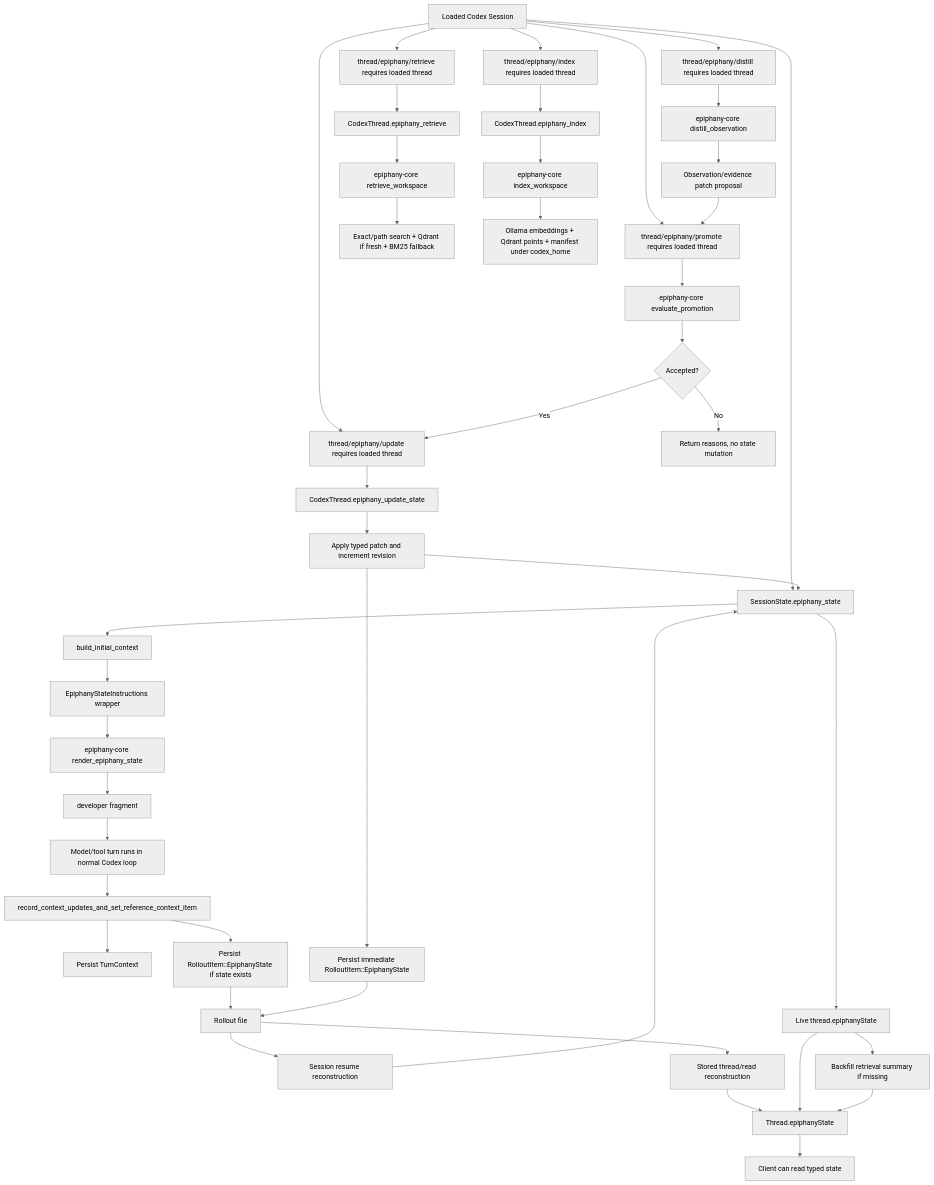
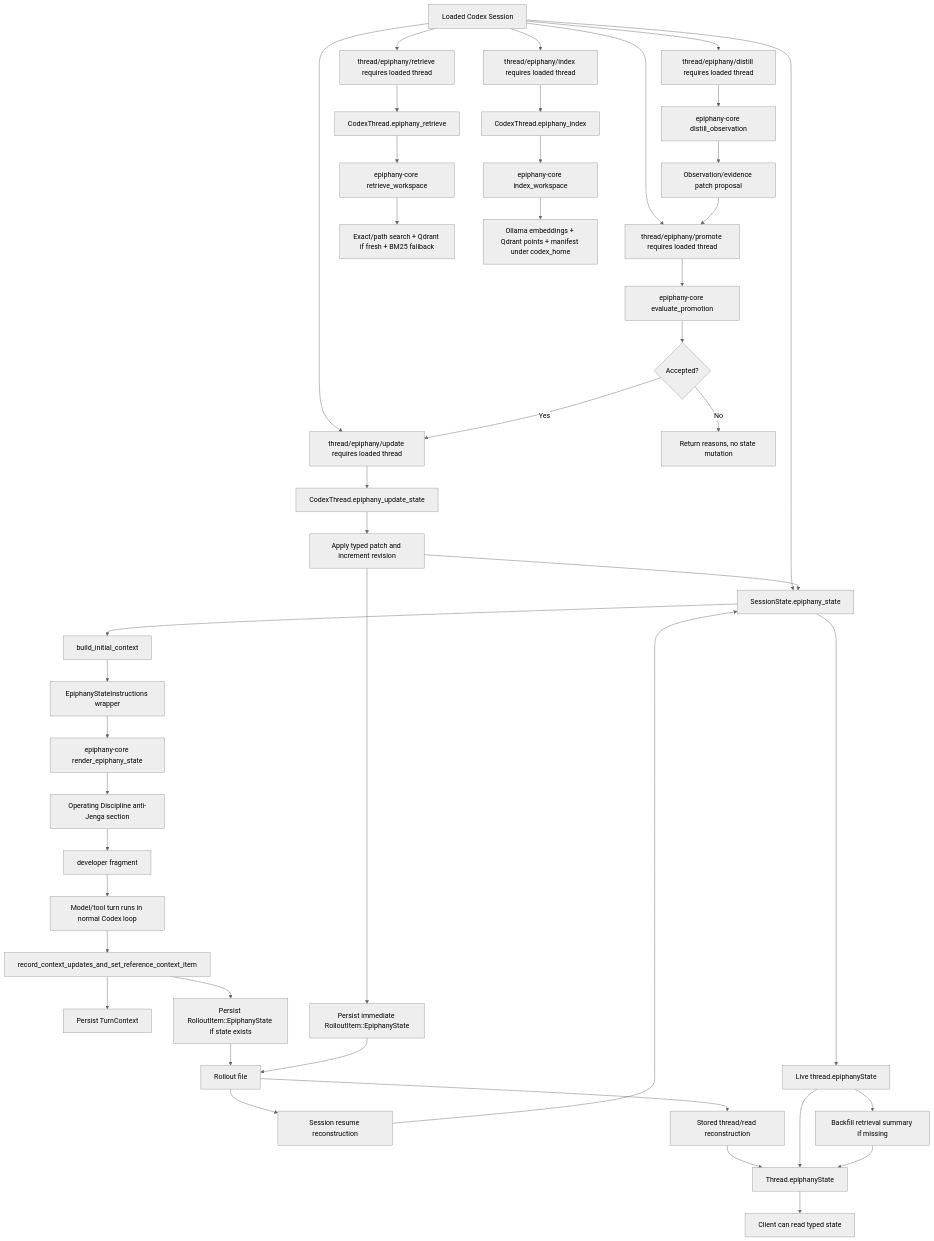
Before and after one commit to GameCult/Epiphany: the diagram in notes/epiphany-current-algorithmic-map.md, drawn with Mermaid (neutral theme). The commit also changed other lines of this file and 2 other files, not shown here.

Commit message:
Refresh Epiphany algorithmic map

````diff
--- a/notes/epiphany-current-algorithmic-map.md
+++ b/notes/epiphany-current-algorithmic-map.md
@@ -35,45 +35,46 @@
 ```mermaid
 flowchart TD
     A["Loaded Codex Session"] --> B["SessionState.epiphany_state"]
     B --> C["build_initial_context"]
     C --> D["EpiphanyStateInstructions wrapper"]
     D --> E["epiphany-core render_epiphany_state"]
-    E --> F["<epiphany_state> developer fragment"]
+    E --> EA["Operating Discipline anti-Jenga section"]
+    EA --> F["<epiphany_state> developer fragment"]
     F --> G["Model/tool turn runs in normal Codex loop"]
     G --> H["record_context_updates_and_set_reference_context_item"]
     H --> I["Persist TurnContext"]
     H --> J["Persist RolloutItem::EpiphanyState if state exists"]
     J --> K["Rollout file"]
     K --> L["Session resume reconstruction"]
     L --> B
     K --> M["Stored thread/read reconstruction"]
     M --> N["Thread.epiphanyState"]
     B --> O["Live thread.epiphanyState"]
     O --> N
     O --> P["Backfill retrieval summary if missing"]
     P --> N
     N --> Q["Client can read typed state"]
     A --> R["thread/epiphany/retrieve requires loaded thread"]
     A --> S["thread/epiphany/index requires loaded thread"]
     A --> AA["thread/epiphany/distill requires loaded thread"]
     A --> AD["thread/epiphany/promote requires loaded thread"]
     A --> Z["thread/epiphany/update requires loaded thread"]
     AA --> AB["epiphany-core distill_observation"]
     AB --> AC["Observation/evidence patch proposal"]
     AC --> AD
     AD --> AE["epiphany-core evaluate_promotion"]
     AE --> AF{"Accepted?"}
     AF -->|"No"| AG["Return reasons, no state mutation"]
     AF -->|"Yes"| Z
     R --> T["CodexThread.epiphany_retrieve"]
     S --> U["CodexThread.epiphany_index"]
     Z --> ZA["CodexThread.epiphany_update_state"]
     ZA --> ZB["Apply typed patch and increment revision"]
     ZB --> B
     ZB --> ZC["Persist immediate RolloutItem::EpiphanyState"]
     ZC --> K
     T --> V["epiphany-core retrieve_workspace"]
     U --> W["epiphany-core index_workspace"]
     V --> X["Exact/path search + Qdrant if fresh + BM25 fallback"]
     W --> Y["Ollama embeddings + Qdrant points + manifest under codex_home"]
 ```
````
